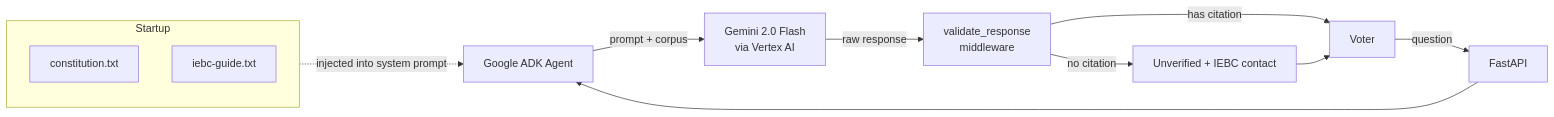
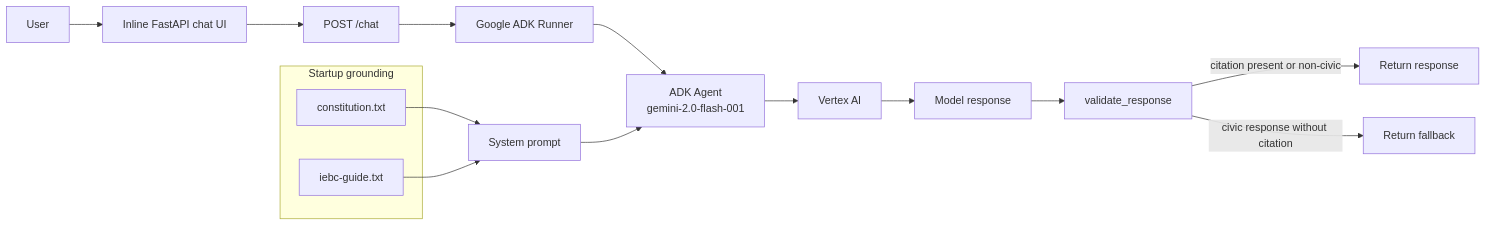
One commit to SuperiorKe/sauti-ya-mwananchi changed the diagram in README.md. Above: the diagram before and after it, drawn with Mermaid. The commit also changed other lines of this file, not shown here.

````diff
--- a/README.md
+++ b/README.md
@@ -27,16 +22,21 @@
 ```mermaid
 flowchart LR
-  User[Voter] -->|question| FastAPI
-  FastAPI --> Agent[Google ADK Agent]
-  Agent -->|prompt + corpus| Vertex[Gemini 2.0 Flash<br/>via Vertex AI]
-  Vertex -->|raw response| Validator[validate_response<br/>middleware]
-  Validator -->|has citation| User
-  Validator -->|no citation| Refuse["Unverified" + IEBC contact]
-  Refuse --> User
+  User[User] --> UI[Inline FastAPI chat UI]
+  UI --> API[POST /chat]
+  API --> Runner[Google ADK Runner]
+  Runner --> Agent[ADK Agent\ngemini-2.0-flash-001]
+  Agent --> Vertex[Vertex AI]
+  Vertex --> Raw[Model response]
+  Raw --> Validator[validate_response]
+  Validator -->|citation present or non-civic| Verified[Return response]
+  Validator -->|civic response without citation| Fallback[Return fallback]
 
-  subgraph Startup
-    Const[constitution.txt]
+  subgraph Startup grounding
+    Constitution[constitution.txt]
     IEBC[iebc-guide.txt]
   end
-  Startup -.->|injected into system prompt| Agent
+
+  Constitution --> Prompt[System prompt]
+  IEBC --> Prompt
+  Prompt --> Agent
 ```
````
